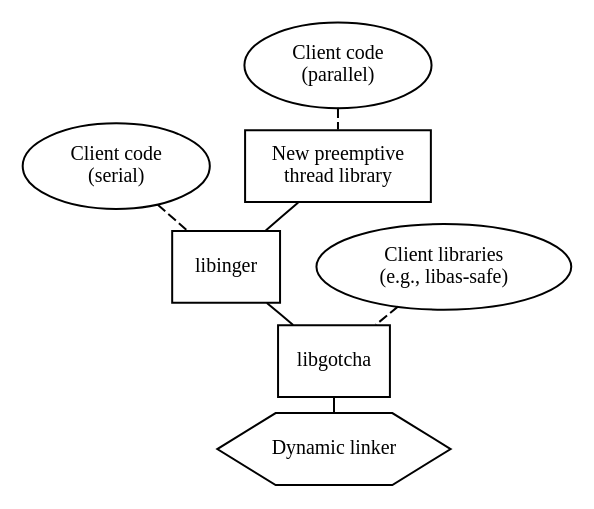
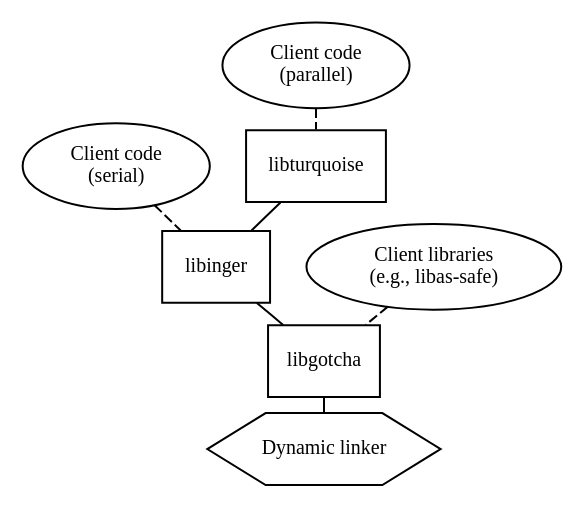
Before and after one commit to solb/thesis: the diagram in figs/architecture.dot, drawn with Graphviz.

Commit message:
figs/architecture.dot: Relabel the thread library as libturquoise

```diff
--- a/figs/architecture.dot
+++ b/figs/architecture.dot
@@ -1,36 +1,36 @@
 strict graph {
 	margin=0;
 	ranksep=0;
 
 	node [fontsize=10,margin=0.05];
 
 	{
 		node [shape=oval];
 
 		serialclient [label="Client code\n(serial)"];
 		parallelclient [label="Client code\n(parallel)"];
 		libassafe [label="Client libraries\n(e.g., libas-safe)"];
 	}
 
 	{
 		node [shape=box];
 
-		threadlib [label="New preemptive\nthread library"];
+		libturquoise;
 		libinger;
 		libgotcha;
 	}
 
 	rtld [shape=hexagon,label="Dynamic linker"];
 
-	threadlib -- libinger;
+	libturquoise -- libinger;
 	libinger -- libgotcha;
 	libgotcha -- rtld;
 
 	{
 		edge [style=dashed];
 
 		serialclient -- libinger;
-		parallelclient -- threadlib;
+		parallelclient -- libturquoise;
 		libassafe -- libgotcha;
 	}
 }
```
